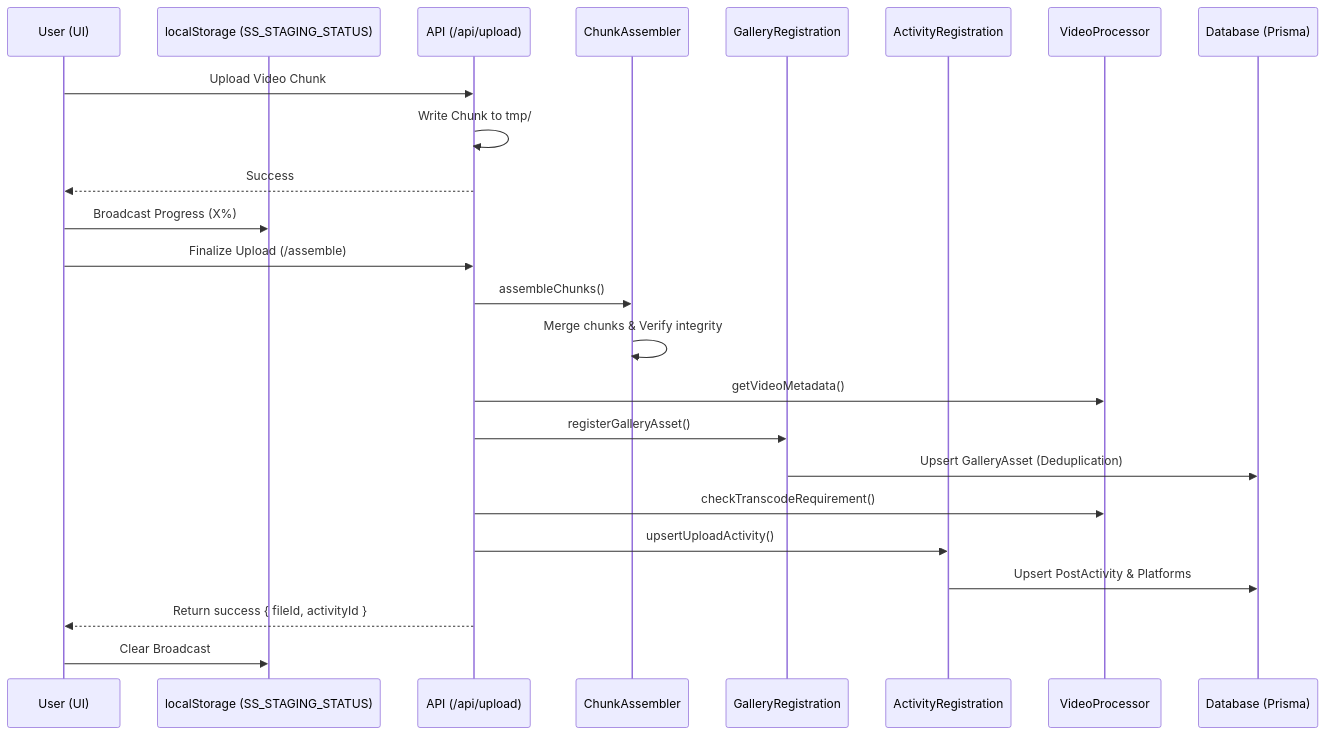
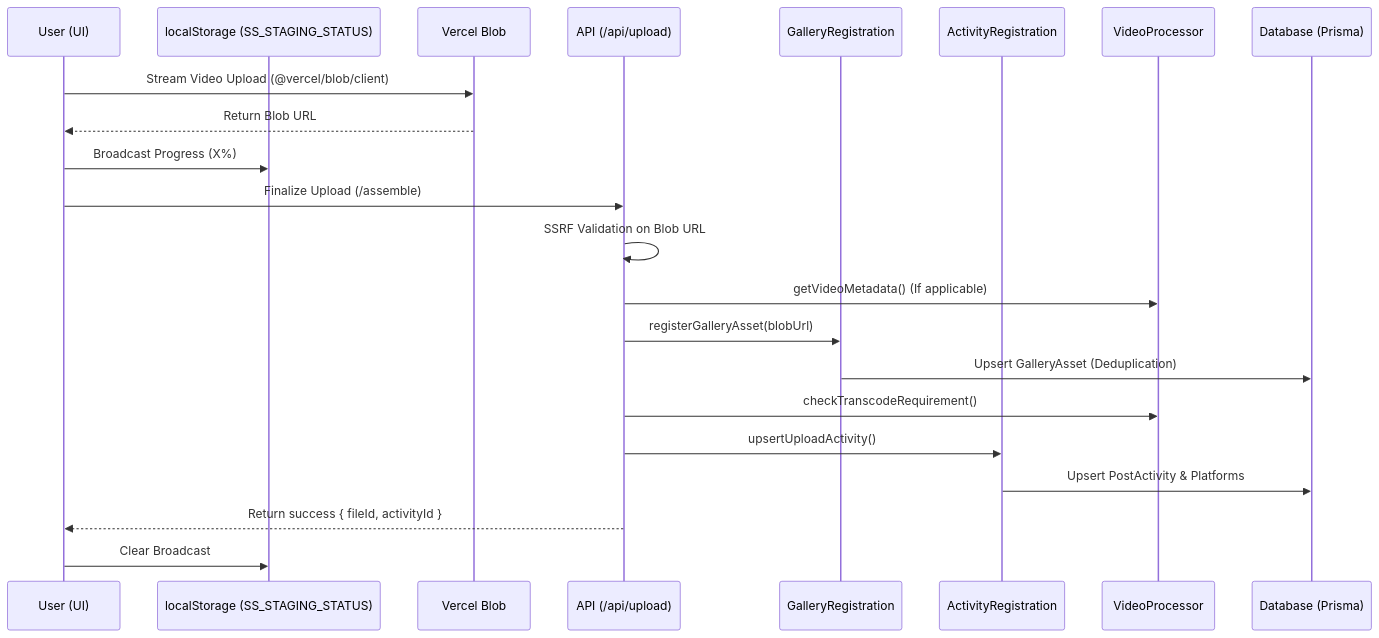
The first of 2 diagrams in docs/architecture/MEDIA_WORKFLOWS.md (thoufeeque22/directly.social), drawn with Mermaid before and after one commit. The commit also changed other lines of this file and 5 other files, not shown here.

````diff
--- a/docs/architecture/MEDIA_WORKFLOWS.md
+++ b/docs/architecture/MEDIA_WORKFLOWS.md
@@ -9,28 +9,26 @@
 ```mermaid
 sequenceDiagram
     participant U as User (UI)
     participant LS as localStorage (SS_STAGING_STATUS)
+    participant VB as Vercel Blob
     participant API as API (/api/upload)
-    participant CA as ChunkAssembler
     participant GR as GalleryRegistration
     participant AR as ActivityRegistration
     participant VP as VideoProcessor
     participant DB as Database (Prisma)
 
-    U->>API: Upload Video Chunk
-    API->>API: Write Chunk to tmp/
-    API-->>U: Success
+    U->>VB: Stream Video Upload (@vercel/blob/client)
+    VB-->>U: Return Blob URL
     U->>LS: Broadcast Progress (X%)
 
     U->>API: Finalize Upload (/assemble)
-    API->>CA: assembleChunks()
-    CA->>CA: Merge chunks & Verify integrity
-    API->>VP: getVideoMetadata()
-    API->>GR: registerGalleryAsset()
+    API->>API: SSRF Validation on Blob URL
+    API->>VP: getVideoMetadata() (If applicable)
+    API->>GR: registerGalleryAsset(blobUrl)
     GR->>DB: Upsert GalleryAsset (Deduplication)
     API->>VP: checkTranscodeRequirement()
     API->>AR: upsertUploadActivity()
     AR->>DB: Upsert PostActivity & Platforms
     API-->>U: Return success { fileId, activityId }
     U->>LS: Clear Broadcast
 ```
````
